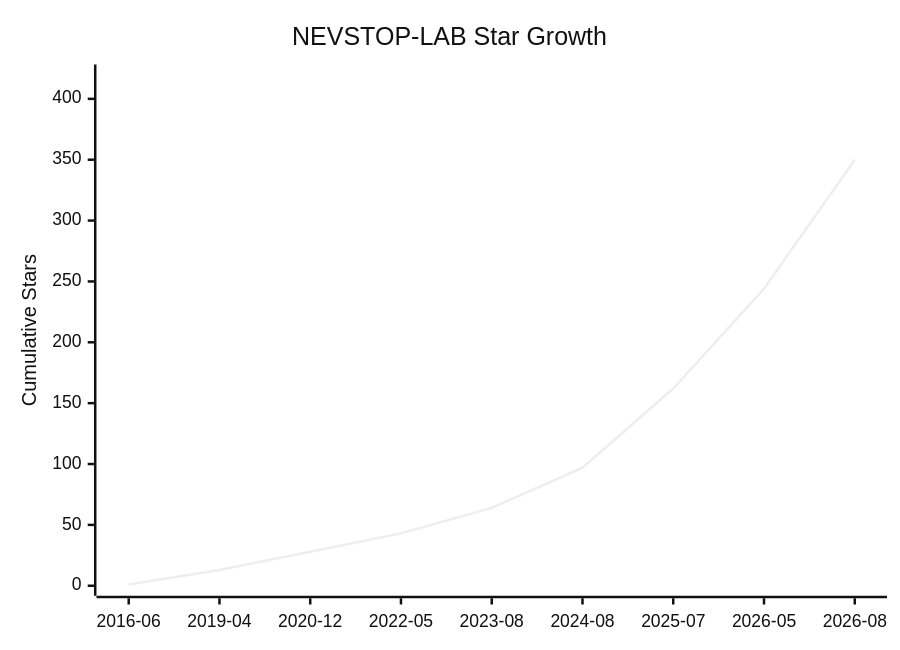
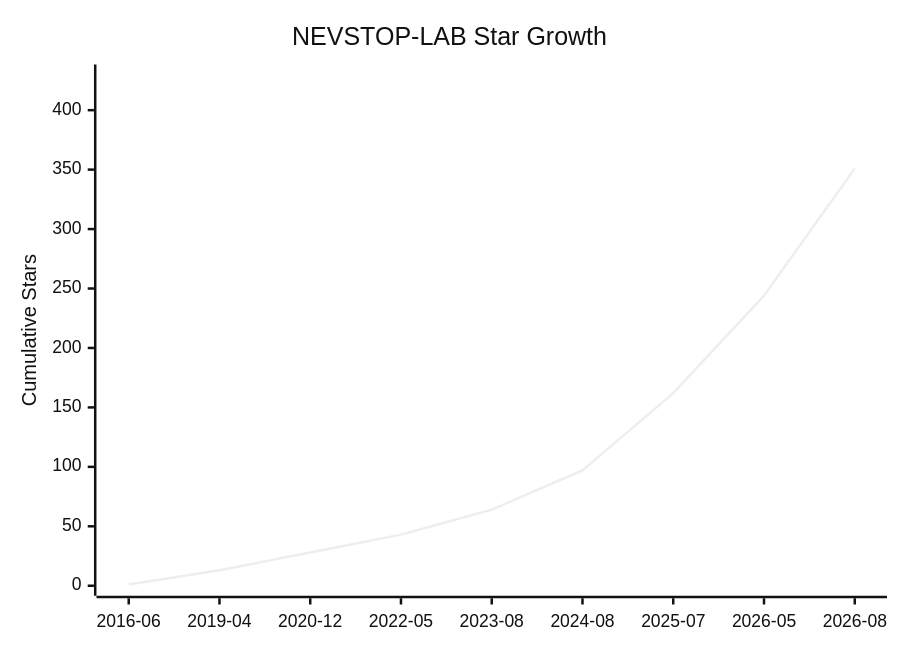
The diagram in Star-History.md (NEVSTOP-LAB/.github), drawn with Mermaid (neutral theme) before and after one commit. The commit also changed other lines of this file and 2 other files, not shown here.

````diff
--- a/Star-History.md
+++ b/Star-History.md
@@ -8,7 +8,7 @@
 ```mermaid
 xychart-beta
     title "NEVSTOP-LAB Star Growth"
     x-axis ["2016-06", "2019-04", "2020-12", "2022-05", "2023-08", "2024-08", "2025-07", "2026-05", "2026-08"]
-    y-axis "Cumulative Stars" 0 --> 420
-    line [1, 13, 28, 43, 64, 97, 162, 244, 350]
+    y-axis "Cumulative Stars" 0 --> 430
+    line [1, 13, 28, 43, 64, 97, 162, 244, 351]
 ```
````
